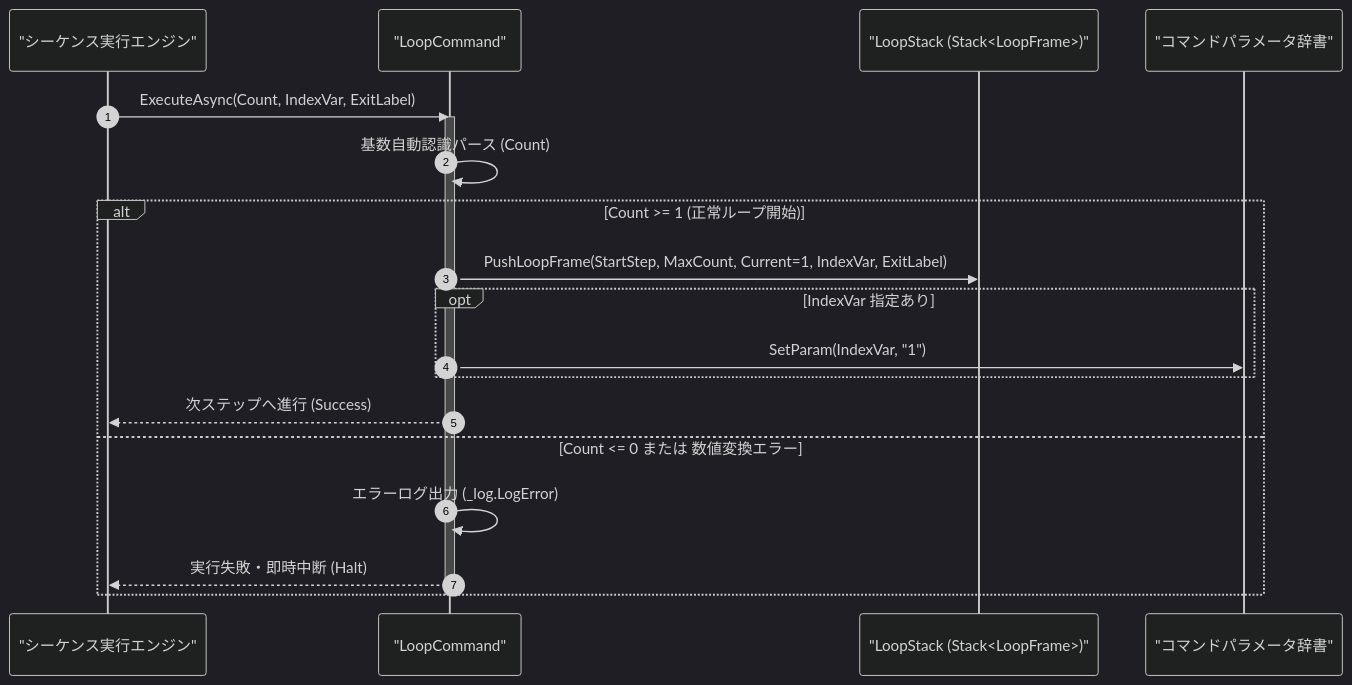
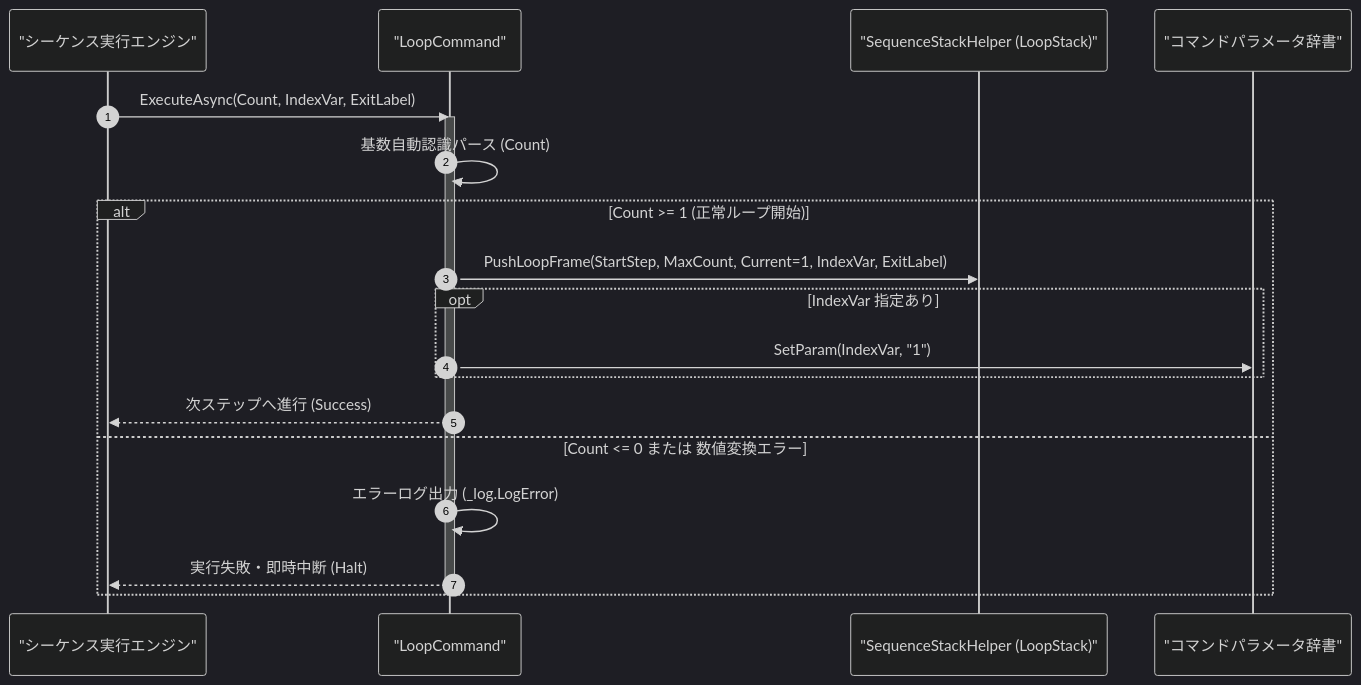
One commit to Monaca-App/TermAddIn changed the diagram in Manual/Core/Param/Loop.Md. Above: the diagram before and after it, drawn with Mermaid (dark theme). The commit also changed other lines of this file and 157 other files, not shown here.

````diff
--- a/Manual/Core/Param/Loop.Md
+++ b/Manual/Core/Param/Loop.Md
@@ -74,23 +74,23 @@
 ```mermaid
 sequenceDiagram
     autonumber
     participant Engine as "シーケンス実行エンジン"
     participant Cmd as "LoopCommand"
-    participant Stack as "LoopStack (Stack<LoopFrame>)"
+    participant Stack as "SequenceStackHelper (LoopStack)"
     participant Param as "コマンドパラメータ辞書"
 
     Engine->>Cmd: ExecuteAsync(Count, IndexVar, ExitLabel)
     activate Cmd
     Cmd->>Cmd: 基数自動認識パース (Count)
     alt Count >= 1 (正常ループ開始)
         Cmd->>Stack: PushLoopFrame(StartStep, MaxCount, Current=1, IndexVar, ExitLabel)
         opt IndexVar 指定あり
             Cmd->>Param: SetParam(IndexVar, "1")
         end
         Cmd-->>Engine: 次ステップへ進行 (Success)
     else Count <= 0 または 数値変換エラー
         Cmd->>Cmd: エラーログ出力 (_log.LogError)
         Cmd-->>Engine: 実行失敗・即時中断 (Halt)
     end
     deactivate Cmd
 ```
````
